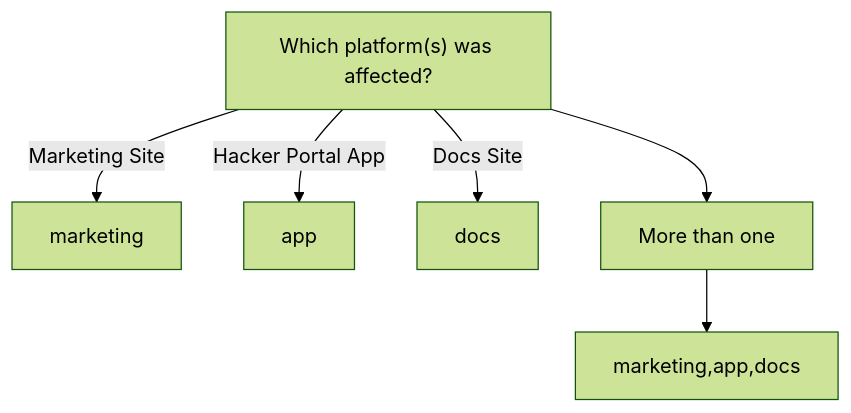
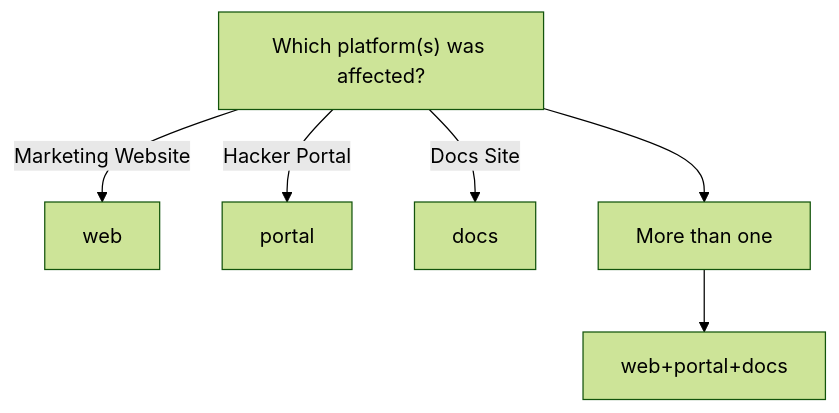
The third of 3 diagrams in apps/hackathon/src/content/docs/contribution-guidelines/conventional-commits.mdx (cuhacking/2025), drawn with Mermaid (forest theme) before and after one commit. The commit also changed other lines of this file, not shown here.

````diff
--- a/apps/hackathon/src/content/docs/contribution-guidelines/conventional-commits.mdx
+++ b/apps/hackathon/src/content/docs/contribution-guidelines/conventional-commits.mdx
@@ -70,9 +74,9 @@
 ```mermaid
 flowchart TD
 n1["Which platform(s) was affected?"]
-n1 --> |"Marketing Site"| n2["marketing"]
-n1 --> |"Hacker Portal App"| n3["app"]
+n1 --> |"Marketing Website"| n2["web"]
+n1 --> |"Hacker Portal"| n3["portal"]
 n1 --> |"Docs Site" | n4["docs"]
 n1 --> n5["More than one"]
-n5 --> n6["marketing,app,docs"]
+n5 --> n6["web+portal+docs"]
 ```
````
